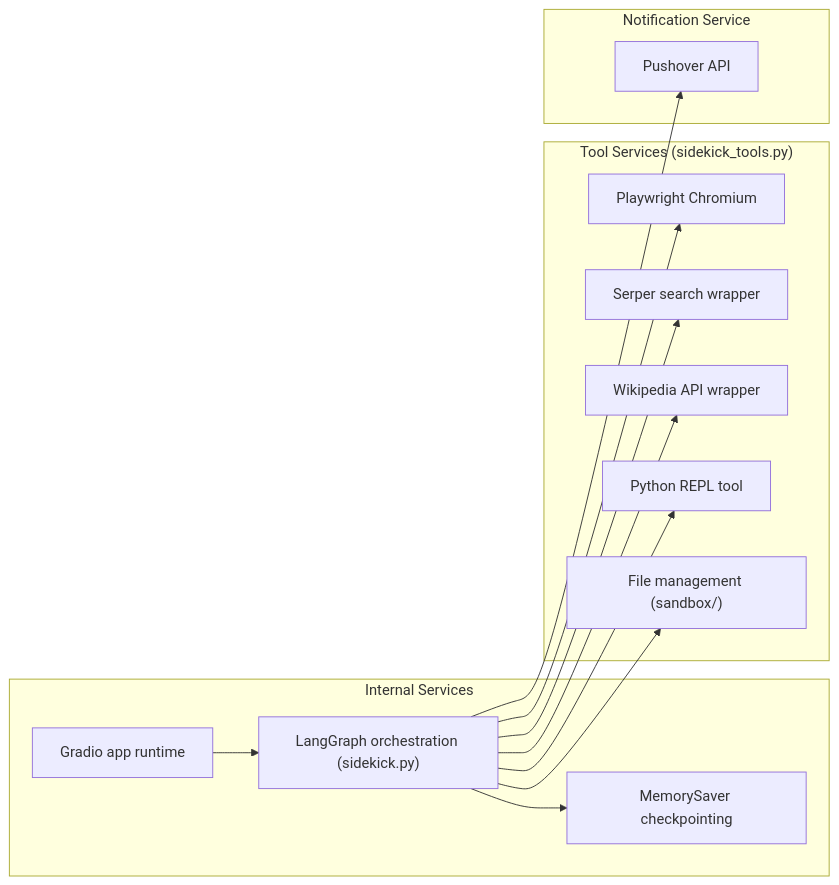
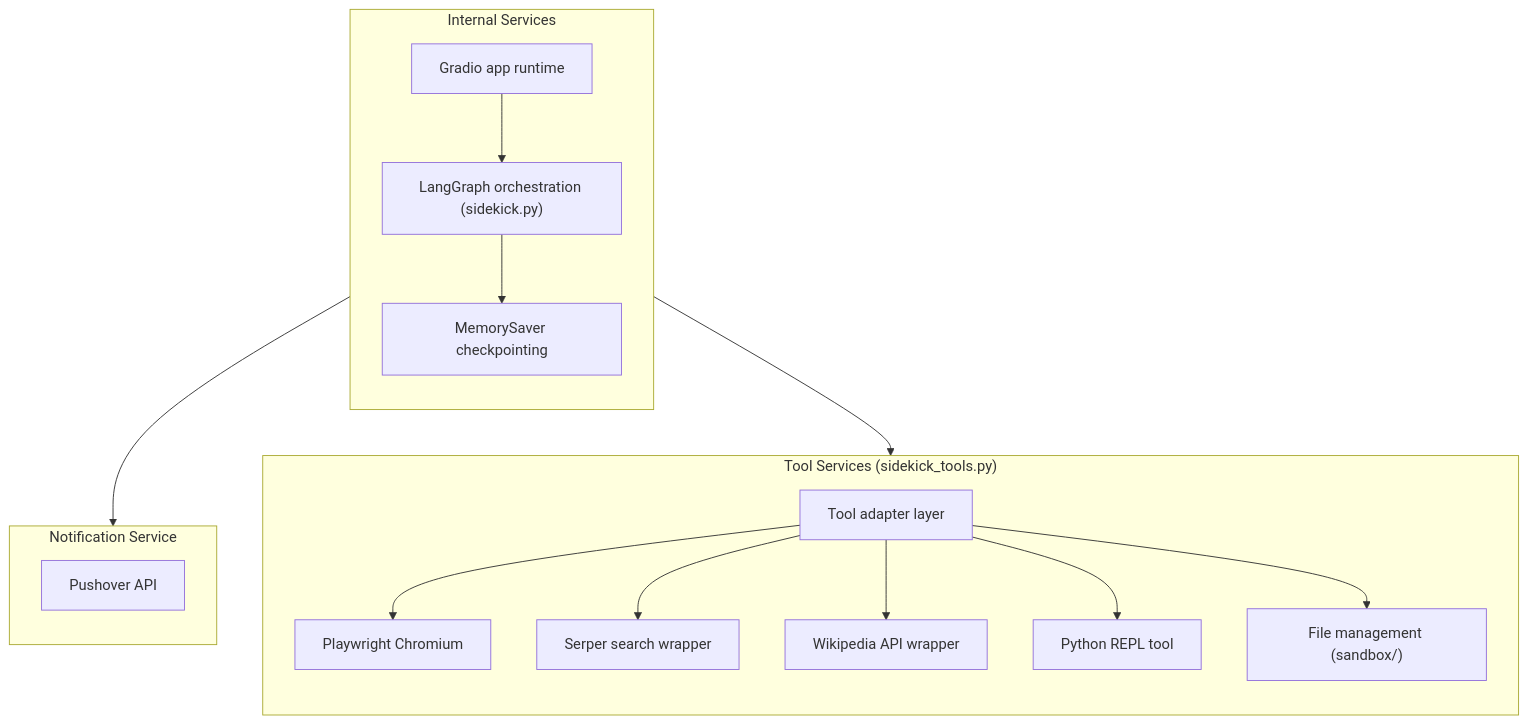
One commit to cam-bell/langgraph-sidekick-agent changed the third of 3 diagrams in docs/architecture.md. Above: the diagram before and after it, drawn with Mermaid. The commit also changed other lines of this file, not shown here.

Commit message:
replaced "\n" with "<br>", and added spacing in services gap so no overlap under Tool Services section

````diff
--- a/docs/architecture.md
+++ b/docs/architecture.md
@@ -80,29 +80,34 @@
 ```mermaid
-flowchart LR
+flowchart TD
     subgraph INTERNAL["Internal Services"]
+      direction TB
       UI["Gradio app runtime"]
       ORCH["LangGraph orchestration (sidekick.py)"]
       MEM["MemorySaver checkpointing"]
     end
 
     subgraph TOOLING["Tool Services (sidekick_tools.py)"]
+      direction TB
+      ADAPTER["Tool adapter layer"]
       BROWSER["Playwright Chromium"]
       SERPER["Serper search wrapper"]
       WIKI["Wikipedia API wrapper"]
       REPL["Python REPL tool"]
       FM["File management (sandbox/)"]
     end
 
     subgraph EXTERNAL["Notification Service"]
+      direction TB
       PUSH["Pushover API"]
     end
 
     UI --> ORCH
     ORCH --> MEM
-    ORCH --> BROWSER
-    ORCH --> SERPER
-    ORCH --> WIKI
-    ORCH --> REPL
-    ORCH --> FM
+    ORCH --> ADAPTER
+    ADAPTER --> BROWSER
+    ADAPTER --> SERPER
+    ADAPTER --> WIKI
+    ADAPTER --> REPL
+    ADAPTER --> FM
     ORCH --> PUSH
 ```
````
